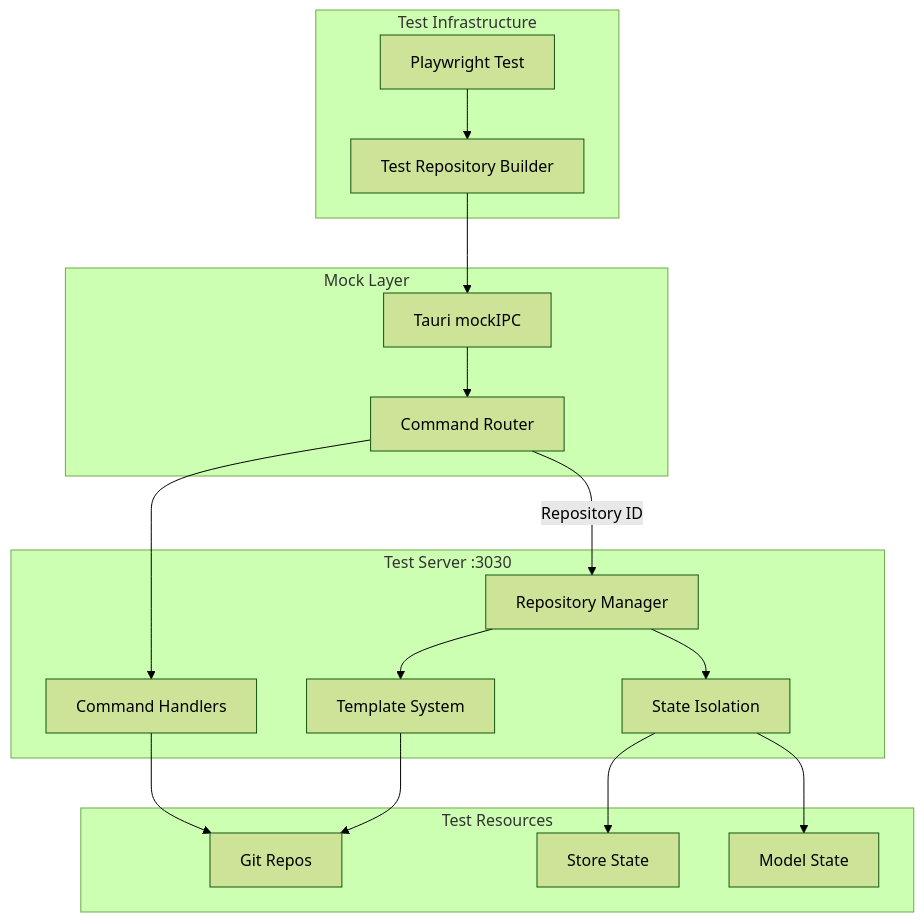
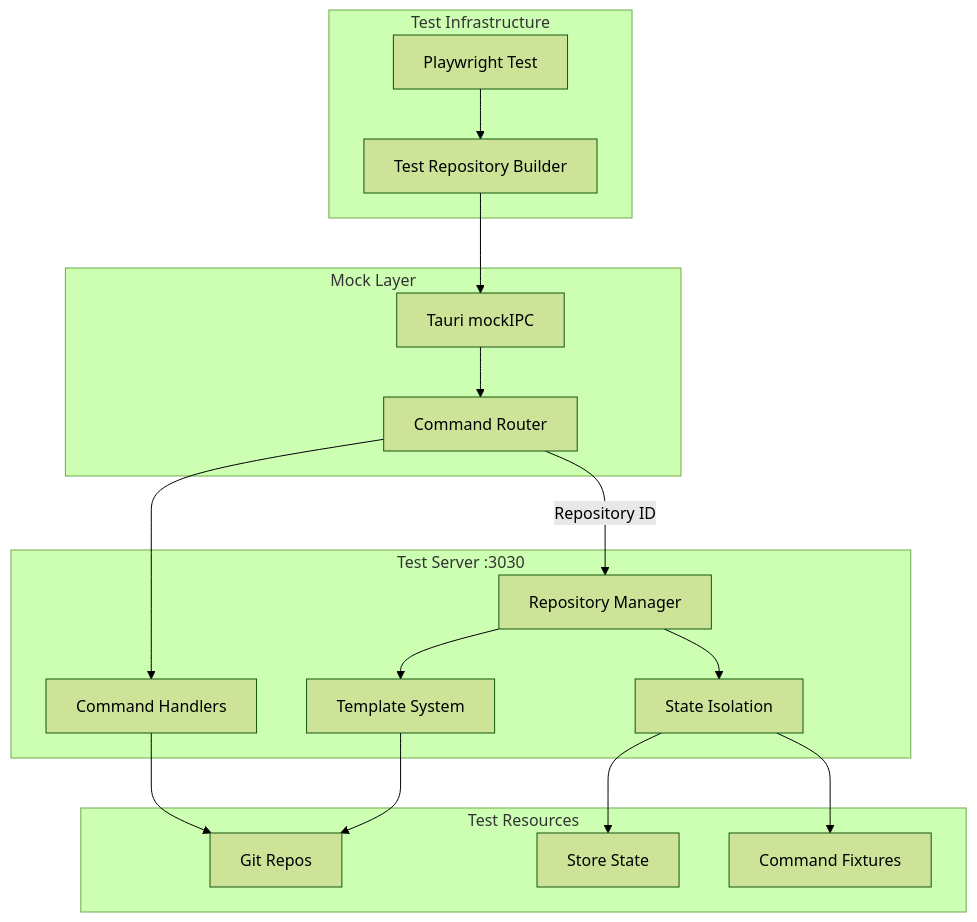
The first of 2 diagrams in docs/design/e2e-testing.md (develar/branch-deck), drawn with Mermaid (forest theme) before and after one commit. The commit also changed 117 other files, not shown here.

````diff
--- a/docs/design/e2e-testing.md
+++ b/docs/design/e2e-testing.md
@@ -21,37 +21,37 @@
 ```mermaid
 flowchart TB
     subgraph "Test Infrastructure"
         A[Playwright Test]
         B[Test Repository Builder]
     end
     
     subgraph "Mock Layer"
         C[Tauri mockIPC]
         D[Command Router]
     end
     
     subgraph "Test Server :3030"
         E[Repository Manager]
         F[Template System]
         G[State Isolation]
         H[Command Handlers]
     end
     
     subgraph "Test Resources"
         I[Git Repos]
         J[Store State]
-        K[Model State]
+        K[Command Fixtures]
     end
     
     A --> B
     B --> C
     C --> D
     D -->|Repository ID| E
     E --> F
     F --> I
     E --> G
     G --> J
     G --> K
     D --> H
     H --> I
 ```
````
